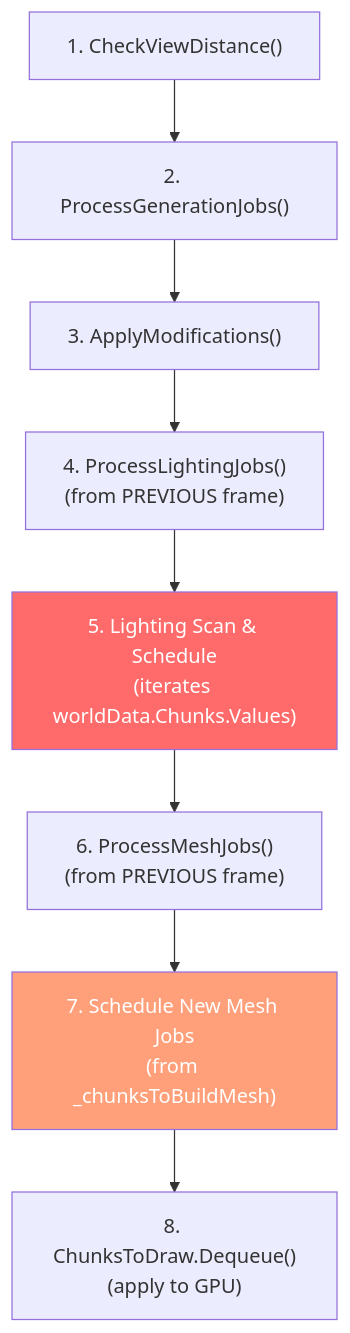
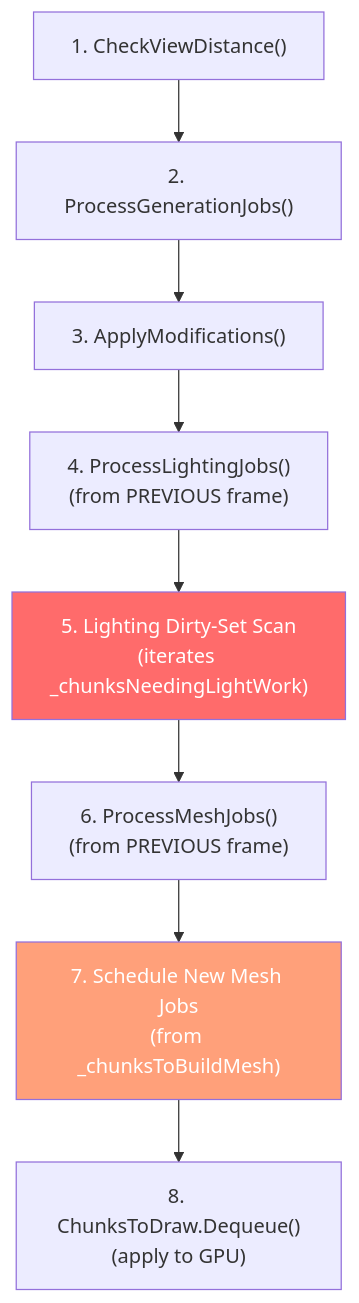
One commit to A-Van-Gestel/Unity-Minecraft_Clone changed the second of 8 diagrams in Documentation/Architecture/CHUNK_LIFECYCLE_PIPELINE.md. Above: the diagram before and after it, drawn with Mermaid. The commit also changed other lines of this file and 7 other files, not shown here.

Commit message:
Optimized: Lighting scan from O(N) to O(dirty) via event-driven work queue with thread-safe ConcurrentQueue staging

````diff
--- a/Documentation/Architecture/CHUNK_LIFECYCLE_PIPELINE.md
+++ b/Documentation/Architecture/CHUNK_LIFECYCLE_PIPELINE.md
@@ -134,12 +134,12 @@
 ```mermaid
 flowchart TD
     A["1. CheckViewDistance()"] --> B["2. ProcessGenerationJobs()"]
     B --> C["3. ApplyModifications()"]
     C --> D["4. ProcessLightingJobs()<br/>(from PREVIOUS frame)"]
-    D --> E["5. Lighting Scan & Schedule<br/>(iterates worldData.Chunks.Values)"]
+    D --> E["5. Lighting Dirty-Set Scan<br/>(iterates _chunksNeedingLightWork)"]
     E --> F["6. ProcessMeshJobs()<br/>(from PREVIOUS frame)"]
     F --> G["7. Schedule New Mesh Jobs<br/>(from _chunksToBuildMesh)"]
     G --> H["8. ChunksToDraw.Dequeue()<br/>(apply to GPU)"]
     style E fill: #ff6b6b, color: #fff
     style G fill: #ffa07a, color: #fff
 ```
````
